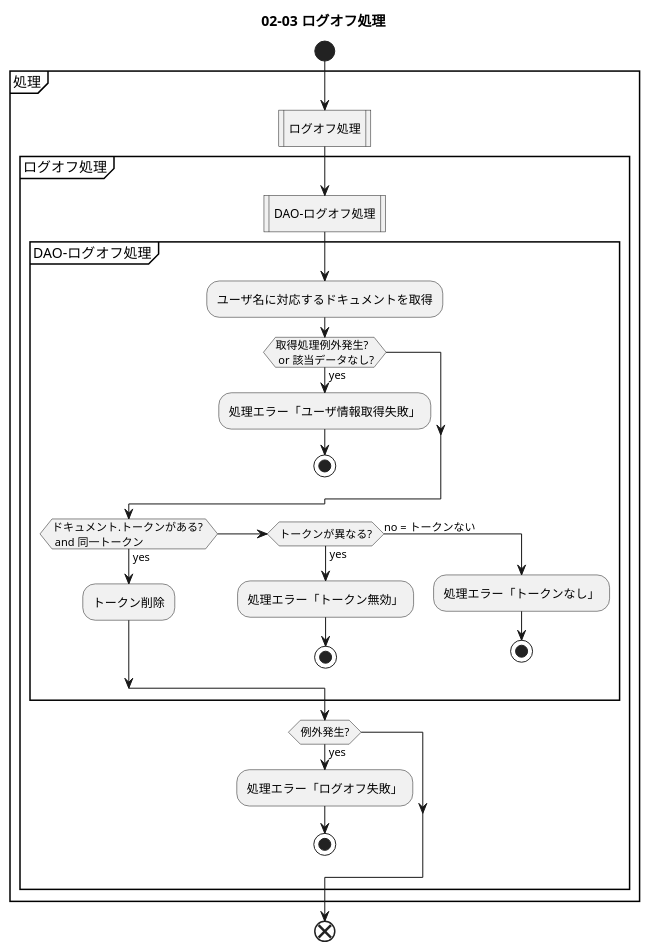
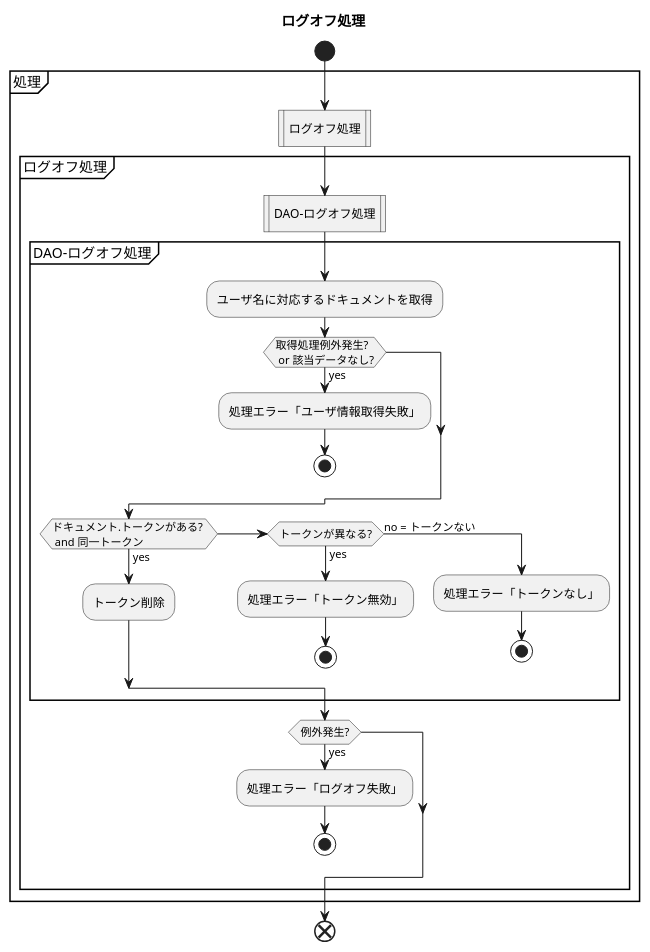
One commit to filunK/choikini changed the diagram in design/02-design/02-03_ACT_logoff.puml. Above: the diagram before and after it, drawn with PlantUML. The commit also changed 8 other files, not shown here.

```diff
--- a/design/02-design/02-03_ACT_logoff.puml
+++ b/design/02-design/02-03_ACT_logoff.puml
@@ -1,49 +1,49 @@
 @startuml 02-03_ACT_ログオフ処理
-title 02-03 ログオフ処理
+title ログオフ処理
     start
     
     partition 処理 {
 
         :ログオフ処理|
         partition ログオフ処理 {
             
             :DAO-ログオフ処理|
             partition DAO-ログオフ処理 {
                 
                 :ユーザ名に対応するドキュメントを取得;
                 if (取得処理例外発生? \n or 該当データなし?) then (yes)
                     :処理エラー「ユーザ情報取得失敗」;
                     stop
                     
                 endif
 
                 if (ドキュメント.トークンがある? \n and 同一トークン) then (yes)
                     :トークン削除;
 
                 elseif (トークンが異なる?) then (yes)
                     :処理エラー「トークン無効」;
                     stop
                     
                 else (no = トークンない)
                     :処理エラー「トークンなし」;
                     stop
 
                 endif
 
 
             }
 
 
             if (例外発生?) then (yes)
                 :処理エラー「ログオフ失敗」;
                 stop
             endif
             
         }
 
         
     }
 
     end
 
 @enduml
```
